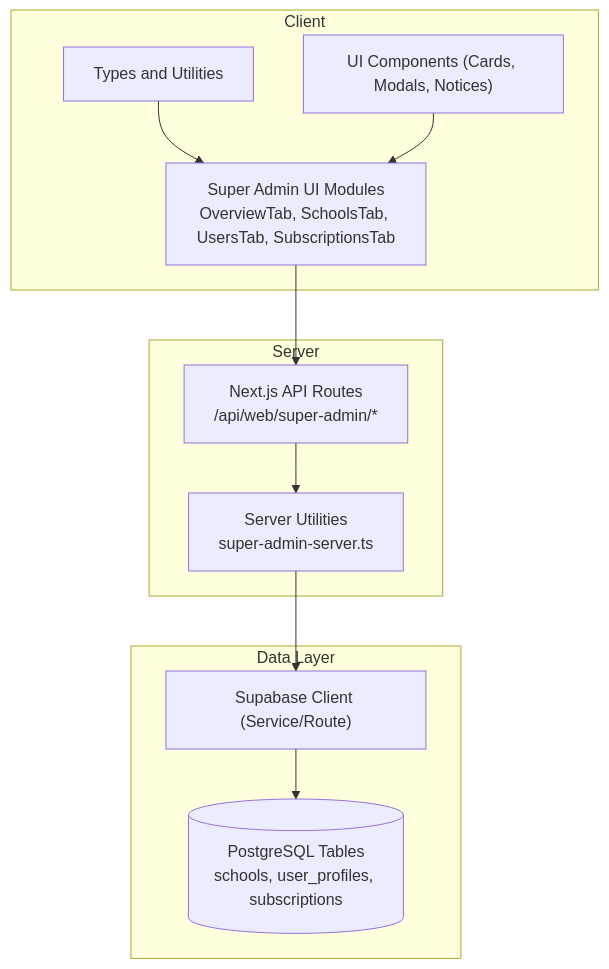
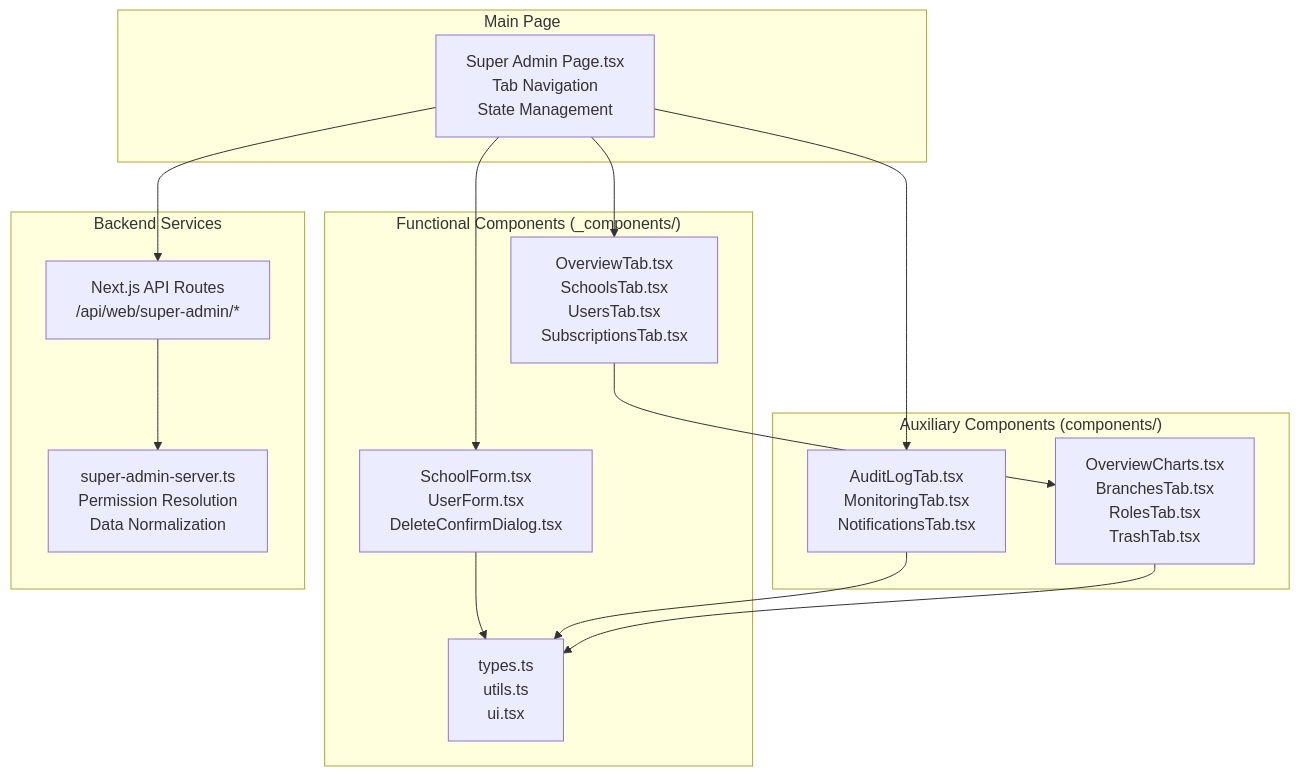
One commit to mustafaalkusaj/appschoolmustafa2002 changed the first of 5 diagrams in .qoder/repowiki/en/content/Multi-Tenant Management/Super Admin Functionality.md. Above: the diagram before and after it, drawn with Mermaid. The commit also changed other lines of this file and 85 other files, not shown here.

````diff
--- a/.qoder/repowiki/en/content/Multi-Tenant Management/Super Admin Functionality.md
+++ b/.qoder/repowiki/en/content/Multi-Tenant Management/Super Admin Functionality.md
@@ -36,22 +59,28 @@
 ```mermaid
 graph TB
-subgraph "Client"
-UI["Super Admin UI Modules<br/>OverviewTab, SchoolsTab, UsersTab, SubscriptionsTab"]
-Types["Types and Utilities"]
-UIComp["UI Components (Cards, Modals, Notices)"]
+subgraph "Functional Components (_components/)"
+Overview["OverviewTab.tsx<br/>SchoolsTab.tsx<br/>UsersTab.tsx<br/>SubscriptionsTab.tsx"]
+Forms["SchoolForm.tsx<br/>UserForm.tsx<br/>DeleteConfirmDialog.tsx"]
+Types["types.ts<br/>utils.ts<br/>ui.tsx"]
 end
-subgraph "Server"
-Routes["Next.js API Routes<br/>/api/web/super-admin/*"]
-ServerLib["Server Utilities<br/>super-admin-server.ts"]
+subgraph "Auxiliary Components (components/)"
+Panels["AuditLogTab.tsx<br/>MonitoringTab.tsx<br/>NotificationsTab.tsx"]
+Special["OverviewCharts.tsx<br/>BranchesTab.tsx<br/>RolesTab.tsx<br/>TrashTab.tsx"]
 end
-subgraph "Data Layer"
-Supabase["Supabase Client (Service/Route)"]
-DB[("PostgreSQL Tables<br/>schools, user_profiles, subscriptions")]
+subgraph "Main Page"
+Page["Super Admin Page.tsx<br/>Tab Navigation<br/>State Management"]
 end
-UI --> Routes
-Types --> UI
-UIComp --> UI
-Routes --> ServerLib
-ServerLib --> Supabase
-Supabase --> DB
+subgraph "Backend Services"
+API["Next.js API Routes<br/>/api/web/super-admin/*"]
+Server["super-admin-server.ts<br/>Permission Resolution<br/>Data Normalization"]
+end
+Page --> Overview
+Page --> Forms
+Page --> Panels
+Overview --> Special
+Forms --> Types
+Panels --> Types
+Special --> Types
+Page --> API
+API --> Server
 ```
````
